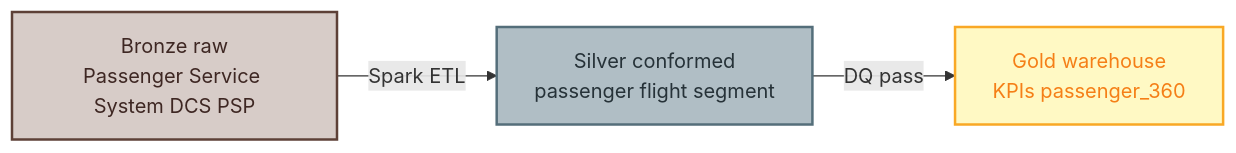
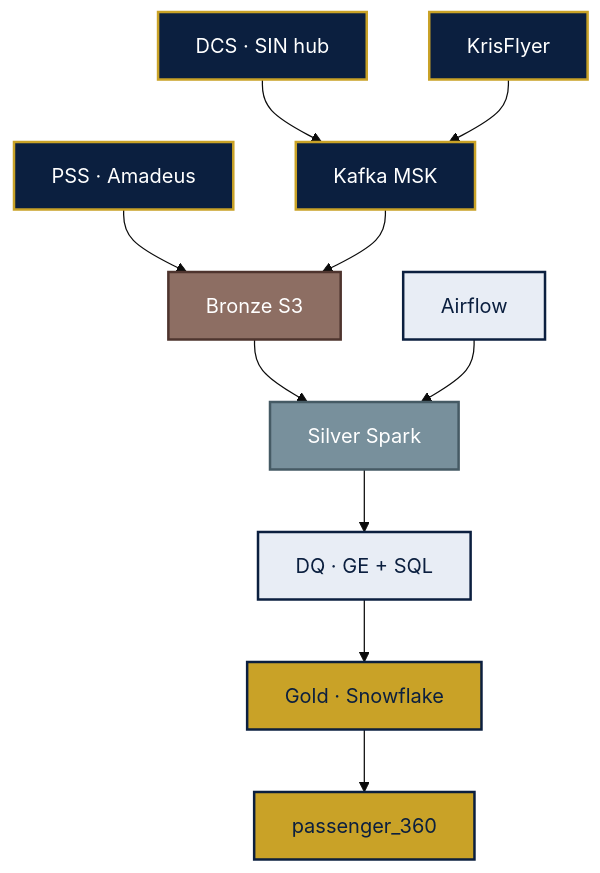
The first of 2 diagrams in docs/03-to-be-architecture.md (willtran112358/airline-domain-data-platform), drawn with Mermaid before and after one commit. The commit also changed other lines of this file and 17 other files, not shown here.

````diff
--- a/docs/03-to-be-architecture.md
+++ b/docs/03-to-be-architecture.md
@@ -81,12 +9,25 @@
 ```mermaid
-flowchart LR
-    classDef bronze fill:#d7ccc8,stroke:#5d4037,stroke-width:2px,color:#3e2723
-    classDef silver fill:#b0bec5,stroke:#546e7a,stroke-width:2px,color:#263238
-    classDef gold fill:#fff9c4,stroke:#f9a825,stroke-width:2px,color:#f57f17
+%%{init: {'theme':'base', 'themeVariables': {'primaryColor':'#0B1F3F','primaryTextColor':'#fff','primaryBorderColor':'#C9A227'}}}%%
+flowchart TB
+    classDef source fill:#0B1F3F,stroke:#C9A227,stroke-width:2px,color:#FFFFFF
+    classDef bronze fill:#8D6E63,stroke:#4E342E,stroke-width:2px,color:#FFFFFF
+    classDef silver fill:#78909C,stroke:#455A64,stroke-width:2px,color:#FFFFFF
+    classDef gold fill:#C9A227,stroke:#0B1F3F,stroke-width:2px,color:#0B1F3F
+    classDef gov fill:#E8EDF5,stroke:#0B1F3F,stroke-width:2px,color:#0B1F3F
 
-    B["Bronze raw<br/>Passenger Service System DCS PSP"]:::bronze
-    S["Silver conformed<br/>passenger flight segment"]:::silver
-    G["Gold warehouse<br/>KPIs passenger_360"]:::gold
+    PSS["PSS · Amadeus"]:::source
+    DCS["DCS · SIN hub"]:::source
+    KF["KrisFlyer"]:::source
+    MSK["Kafka MSK"]:::source
+    B["Bronze S3"]:::bronze
+    S["Silver Spark"]:::silver
+    DQ["DQ · GE + SQL"]:::gov
+    G["Gold · Snowflake"]:::gold
+    P360["passenger_360"]:::gold
+    AF["Airflow"]:::gov
 
-    B -->|"Spark ETL"| S -->|"DQ pass"| G
+    PSS --> B
+    DCS & KF --> MSK --> B
+    B --> S --> DQ --> G --> P360
+    AF --> S
 ```
````
